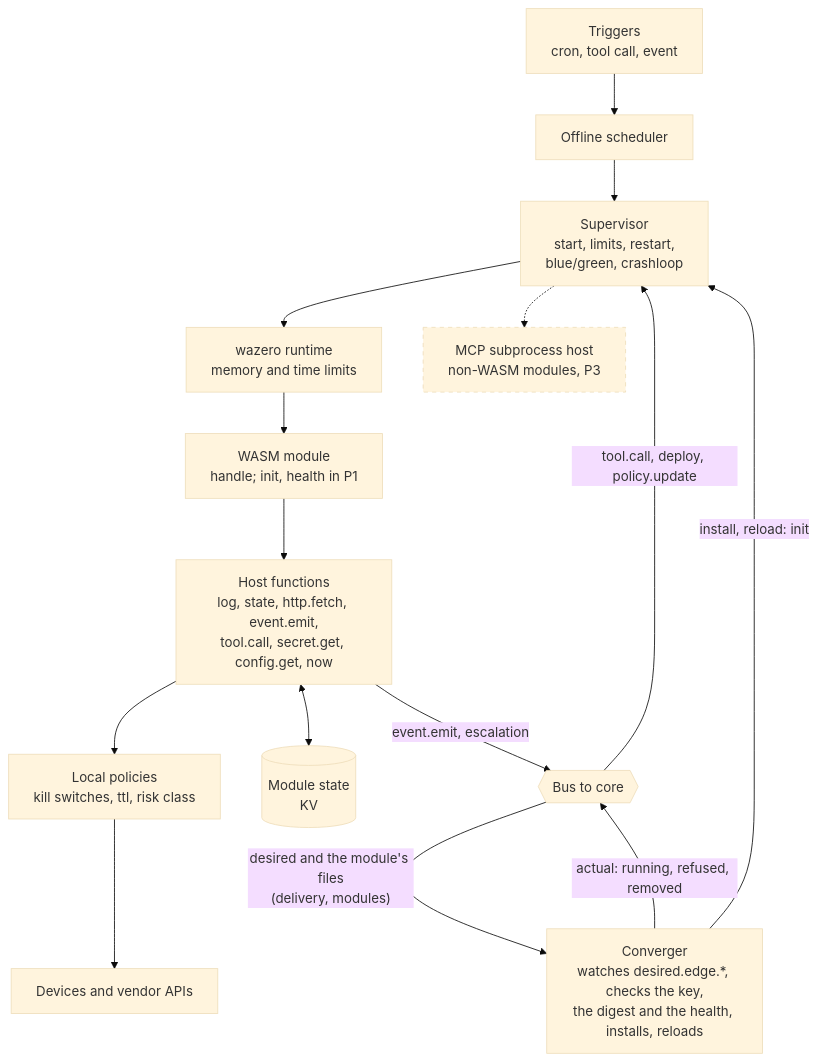
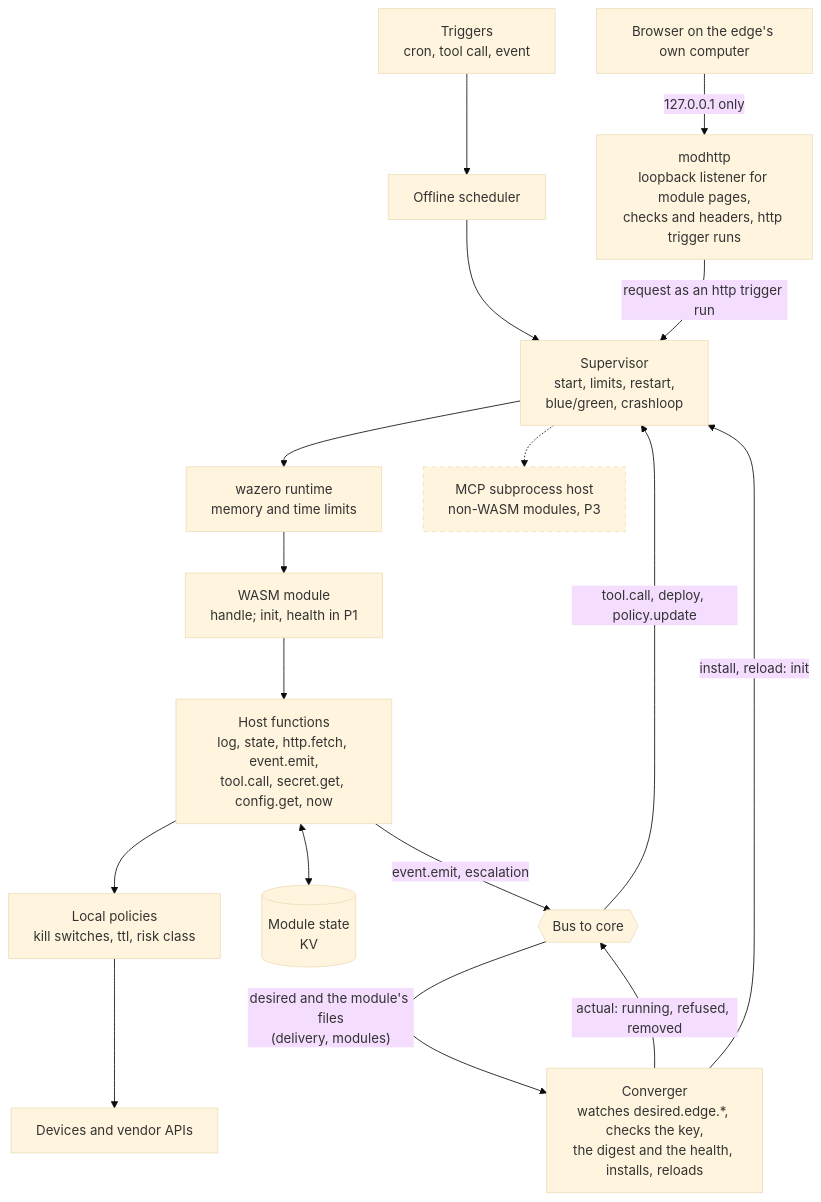
Before and after one commit to igorrius/ganglion: the fifth of 6 diagrams in docs/architecture/03-components.md, drawn with Mermaid (base theme). The commit also changed other lines of this file and 45 other files, not shown here.

First line of the commit message:
modhttp, modhost, runner: the http trigger and the edge's loopback listener (#326)

````diff
--- a/docs/architecture/03-components.md
+++ b/docs/architecture/03-components.md
@@ -234,33 +235,37 @@
 ```mermaid
 flowchart TB
     trig["Triggers<br/>cron, tool call, event"]
     sched["Offline scheduler"]
     sup["Supervisor<br/>start, limits, restart,<br/>blue/green, crashloop"]
     wz["wazero runtime<br/>memory and time limits"]
     mod["WASM module<br/>handle; init, health in P1"]
     host["Host functions<br/>log, state, http.fetch, event.emit,<br/>tool.call, secret.get, config.get, now"]
     pol["Local policies<br/>kill switches, ttl, risk class"]
     kv[("Module state<br/>KV")]
+    web["modhttp<br/>loopback listener for module pages,<br/>checks and headers, http trigger runs"]
+    browser["Browser on the edge's own computer"]
     mcp["MCP subprocess host<br/>non-WASM modules, P3"]
     conv["Converger<br/>watches desired.edge.*, checks the key,<br/>the digest and the health, installs, reloads"]
     bus{{"Bus to core"}}
     dev["Devices and vendor APIs"]
 
     trig --> sched
     sched --> sup
     sup --> wz
     wz --> mod
     mod --> host
     host --> pol
     pol --> dev
     host <--> kv
     host -- "event.emit, escalation" --> bus
     bus -- "tool.call, deploy, policy.update" --> sup
     bus -- "desired and the module's files<br/>(delivery, modules)" --> conv
     conv -- "install, reload: init" --> sup
     conv -- "actual: running, refused, removed" --> bus
+    browser -- "127.0.0.1 only" --> web
+    web -- "request as an http trigger run" --> sup
     sup -.-> mcp
 
     classDef planned stroke-dasharray: 5 5
     class mcp planned
 ```
````
